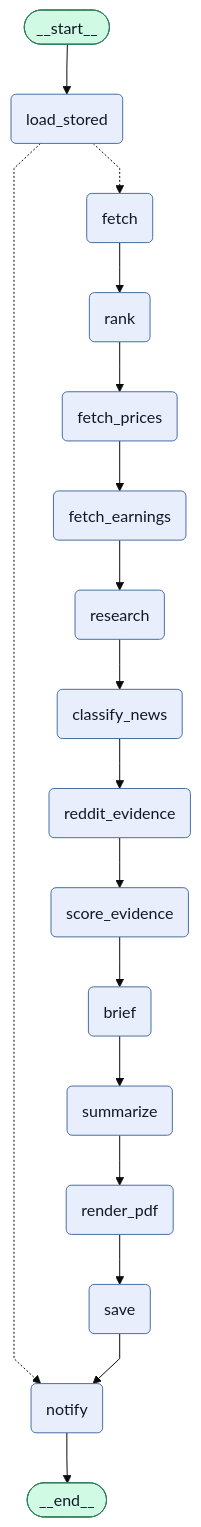
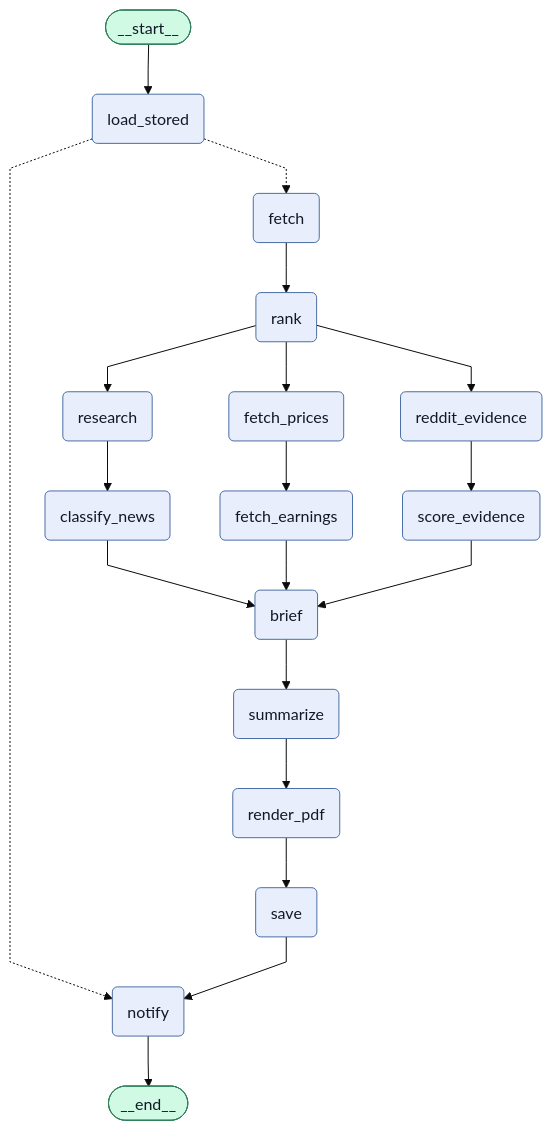
The diagram in docs/pipeline.mmd (alia4760/market-sentiment-agent), drawn with Mermaid (base theme) before and after one commit. The commit also changed 3 other files, not shown here.

Commit message:
Run prices, news and Reddit branches in parallel; move diagram.py to docs/

```diff
--- a/docs/pipeline.mmd
+++ b/docs/pipeline.mmd
@@ -1,41 +1,43 @@
 ---
 config:
   flowchart:
     curve: linear
 ---
 graph TD;
 	__start__([<p>__start__</p>]):::first
 	load_stored(load_stored)
 	fetch(fetch)
 	rank(rank)
 	fetch_prices(fetch_prices)
 	fetch_earnings(fetch_earnings)
 	research(research)
 	classify_news(classify_news)
 	reddit_evidence(reddit_evidence)
 	score_evidence(score_evidence)
 	brief(brief)
 	summarize(summarize)
 	render_pdf(render_pdf)
 	save(save)
 	notify(notify)
 	__end__([<p>__end__</p>]):::last
 	__start__ --> load_stored;
 	brief --> summarize;
-	classify_news --> reddit_evidence;
+	classify_news --> brief;
 	fetch --> rank;
-	fetch_earnings --> research;
+	fetch_earnings --> brief;
 	fetch_prices --> fetch_earnings;
 	load_stored -.-> fetch;
 	load_stored -.-> notify;
 	rank --> fetch_prices;
+	rank --> reddit_evidence;
+	rank --> research;
 	reddit_evidence --> score_evidence;
 	render_pdf --> save;
 	research --> classify_news;
 	save --> notify;
 	score_evidence --> brief;
 	summarize --> render_pdf;
 	notify --> __end__;
 	classDef default fill:#e8eefc,stroke:#4a6fa5,color:#111827,line-height:1.2
 	classDef first fill:#d1fae5,stroke:#2f7d5b,color:#111827
 	classDef last fill:#d1fae5,stroke:#2f7d5b,color:#111827
```
